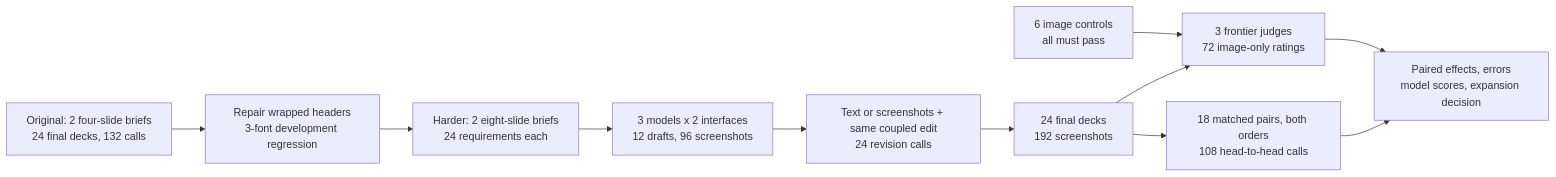
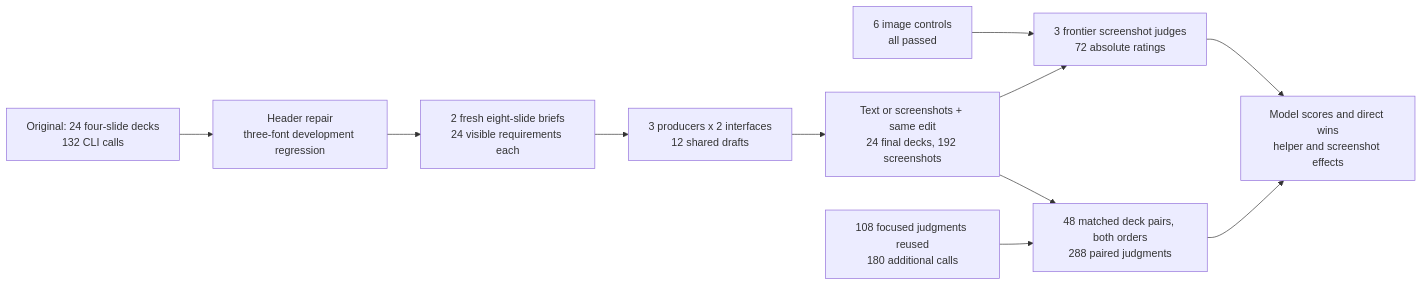
One commit to k-sandhu/experiment-notebooks changed the diagram in notebooks/19-powerpoint-harness/README.md. Above: the diagram before and after it, drawn with Mermaid. The commit also changed other lines of this file and 27 other files, not shown here.

Commit message:
Expand notebook 19 to all paired harness comparisons

````diff
--- a/notebooks/19-powerpoint-harness/README.md
+++ b/notebooks/19-powerpoint-harness/README.md
@@ -92,13 +87,13 @@
 ```mermaid
 flowchart LR
-    old["Original: 2 four-slide briefs<br/>24 final decks, 132 calls"] --> fix["Repair wrapped headers<br/>3-font development regression"]
-    fix --> data["Harder: 2 eight-slide briefs<br/>24 requirements each"]
-    data --> draft["3 models x 2 interfaces<br/>12 drafts, 96 screenshots"]
-    draft --> edit["Text or screenshots + same coupled edit<br/>24 revision calls"]
-    edit --> final["24 final decks<br/>192 screenshots"]
-    controls["6 image controls<br/>all must pass"] --> judges
-    final --> judges["3 frontier judges<br/>72 image-only ratings"]
-    final --> audit["18 matched pairs, both orders<br/>108 head-to-head calls"]
-    judges --> result["Paired effects, errors<br/>model scores, expansion decision"]
-    audit --> result
+    old["Original: 24 four-slide decks<br/>132 CLI calls"] --> fix["Header repair<br/>three-font development regression"]
+    fix --> data["2 fresh eight-slide briefs<br/>24 visible requirements each"]
+    data --> draft["3 producers x 2 interfaces<br/>12 shared drafts"]
+    draft --> edits["Text or screenshots + same edit<br/>24 final decks, 192 screenshots"]
+    controls["6 image controls<br/>all passed"] --> judges
+    edits --> judges["3 frontier screenshot judges<br/>72 absolute ratings"]
+    edits --> pairs["48 matched deck pairs, both orders<br/>288 paired judgments"]
+    reused["108 focused judgments reused<br/>180 additional calls"] --> pairs
+    judges --> results["Model scores and direct wins<br/>helper and screenshot effects"]
+    pairs --> results
 ```
````
